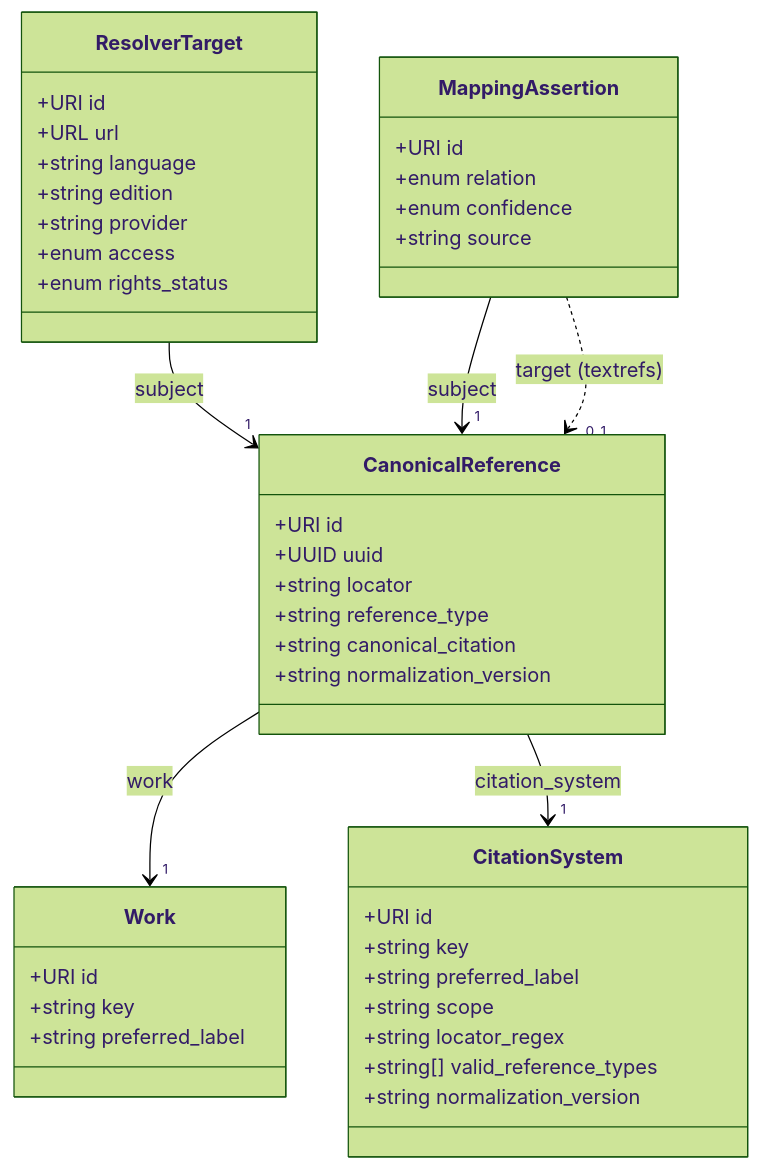
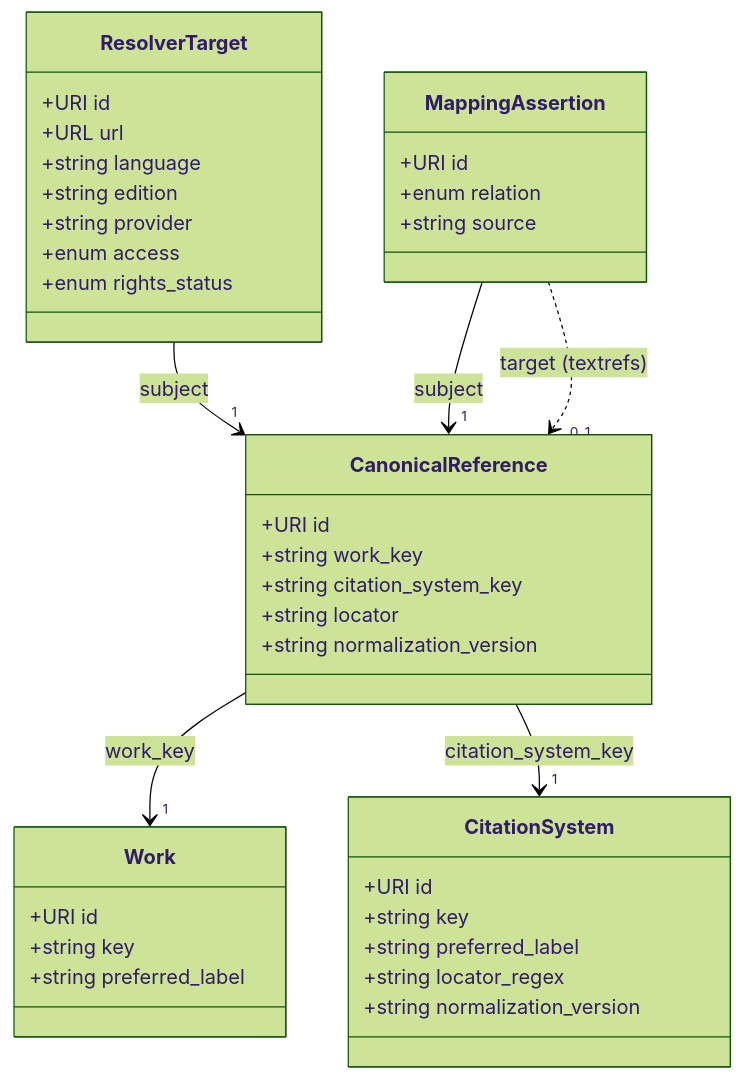
Before and after one commit to textrefs/textrefs.org: the diagram in src/content/docs/standard/specification.md, drawn with Mermaid (forest theme). The commit also changed other lines of this file and 4 other files, not shown here.

````diff
--- a/src/content/docs/standard/specification.md
+++ b/src/content/docs/standard/specification.md
@@ -67,45 +67,41 @@
 ```mermaid
 classDiagram
     class Work {
         +URI id
         +string key
         +string preferred_label
     }
     class CitationSystem {
         +URI id
         +string key
         +string preferred_label
-        +string scope
         +string locator_regex
-        +string[] valid_reference_types
         +string normalization_version
     }
     class CanonicalReference {
         +URI id
-        +UUID uuid
+        +string work_key
+        +string citation_system_key
         +string locator
-        +string reference_type
-        +string canonical_citation
         +string normalization_version
     }
     class ResolverTarget {
         +URI id
         +URL url
         +string language
         +string edition
         +string provider
         +enum access
         +enum rights_status
     }
     class MappingAssertion {
         +URI id
         +enum relation
-        +enum confidence
         +string source
     }
-    CanonicalReference --> "1" Work : work
-    CanonicalReference --> "1" CitationSystem : citation_system
+    CanonicalReference --> "1" Work : work_key
+    CanonicalReference --> "1" CitationSystem : citation_system_key
     ResolverTarget --> "1" CanonicalReference : subject
     MappingAssertion --> "1" CanonicalReference : subject
     MappingAssertion ..> "0..1" CanonicalReference : target (textrefs)
 ```
````
